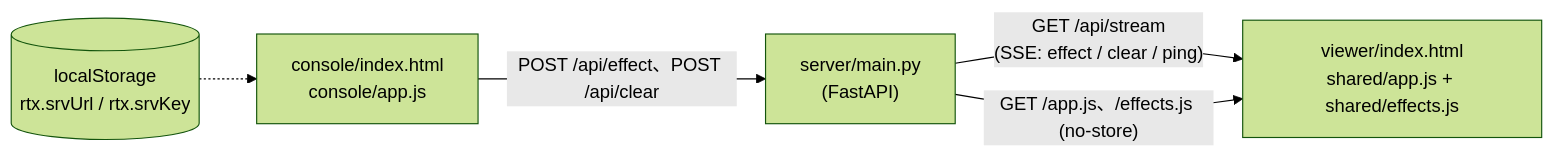
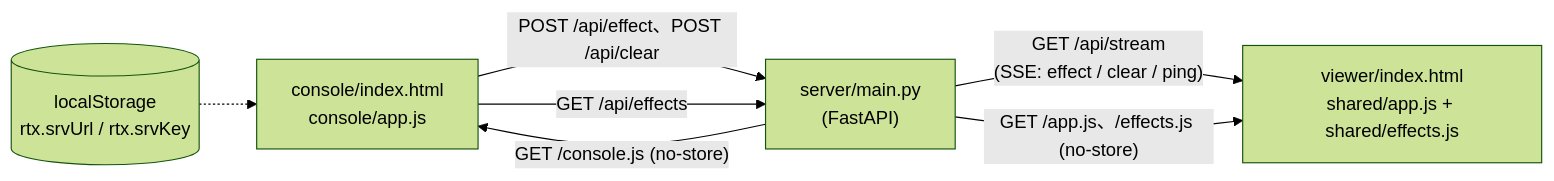
Before and after one commit to zivngit/Real-time-Interaction-html: the first of 6 diagrams in docs/agents/CALL_GRAPH.md, drawn with Mermaid (forest theme). The commit also changed other lines of this file and 7 other files, not shown here.

````diff
--- a/docs/agents/CALL_GRAPH.md
+++ b/docs/agents/CALL_GRAPH.md
@@ -7,11 +7,13 @@
 ```mermaid
 flowchart LR
     C["console/index.html<br/>console/app.js"]
     S["server/main.py<br/>(FastAPI)"]
     V["viewer/index.html<br/>shared/app.js + shared/effects.js"]
     LS[("localStorage<br/>rtx.srvUrl / rtx.srvKey")]
     C -->|"POST /api/effect、POST /api/clear"| S
+    C -->|"GET /api/effects"| S
     S -->|"GET /api/stream<br/>(SSE: effect / clear / ping)"| V
     S -->|"GET /app.js、/effects.js (no-store)"| V
+    S -->|"GET /console.js (no-store)"| C
     LS -.-> C
 ```
````
